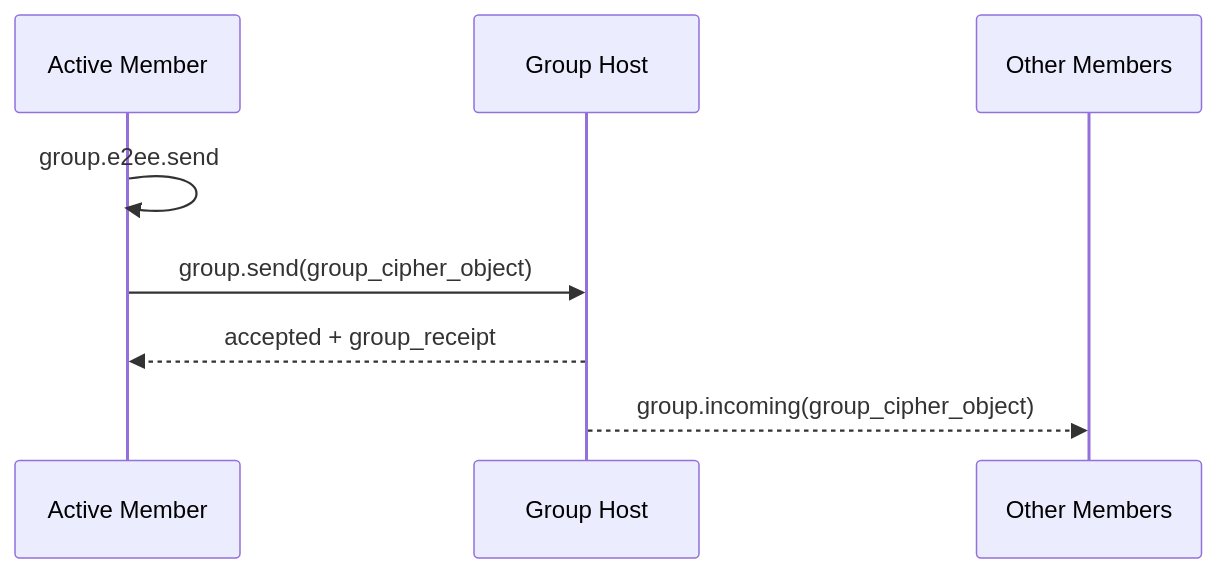
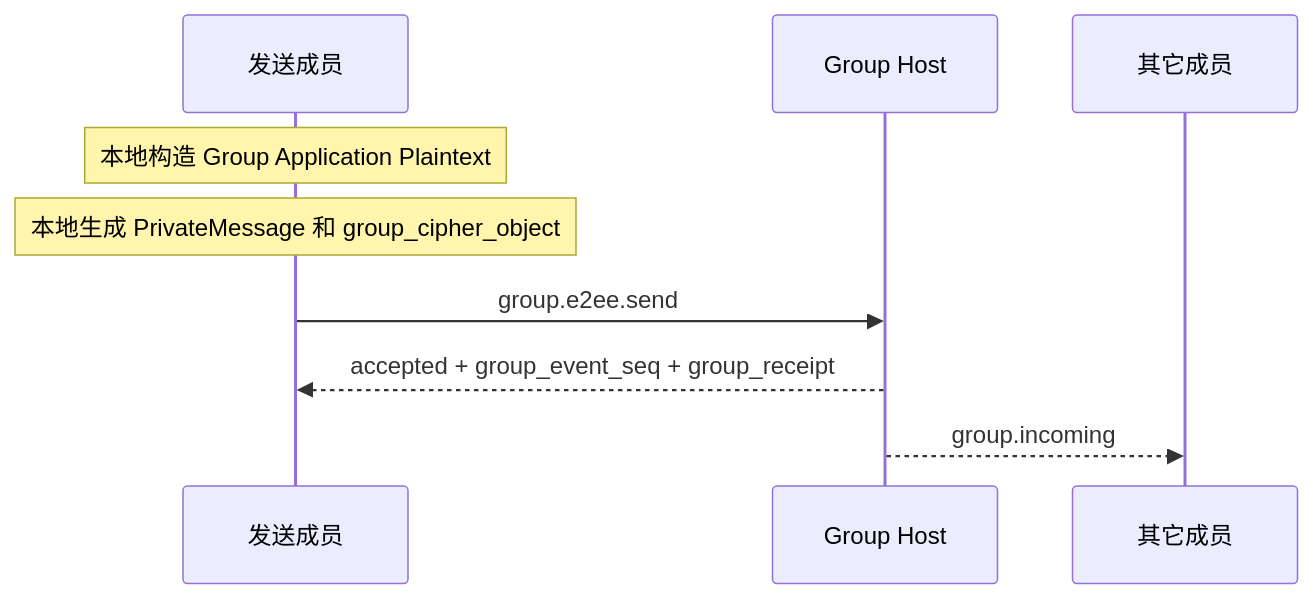
One commit to NeatNerdPrime/AgentNetworkProtocol changed the fifth of 5 diagrams in chinese/message/06-群组端到端加密.md. Above: the diagram before and after it, drawn with Mermaid. The commit also changed other lines of this file, not shown here.

Commit message:
update message group e2ee protocol

````diff
--- a/chinese/message/06-群组端到端加密.md
+++ b/chinese/message/06-群组端到端加密.md
@@ -1027,11 +1213,12 @@
 ```mermaid
 sequenceDiagram
-    participant Sender as Active Member
-    participant Host as Group Host
-    participant Members as Other Members
+    participant S as 发送成员
+    participant H as Group Host
+    participant M as 其它成员
 
-    Sender->>Sender: group.e2ee.send
-    Sender->>Host: group.send(group_cipher_object)
-    Host-->>Sender: accepted + group_receipt
-    Host-->>Members: group.incoming(group_cipher_object)
+    Note over S: 本地构造 Group Application Plaintext
+    Note over S: 本地生成 PrivateMessage 和 group_cipher_object
+    S->>H: group.e2ee.send
+    H-->>S: accepted + group_event_seq + group_receipt
+    H-->>M: group.incoming
 ```
````
